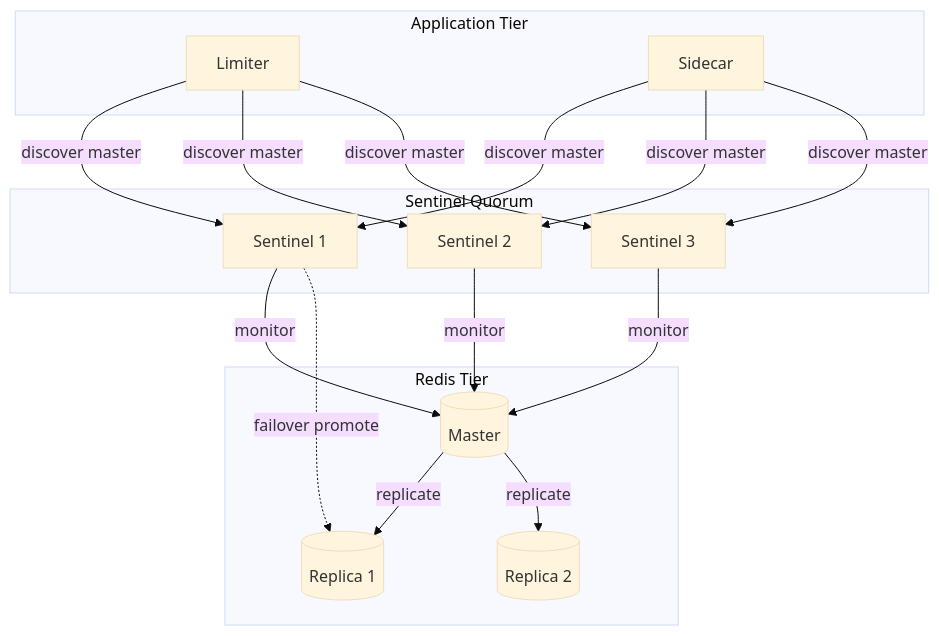
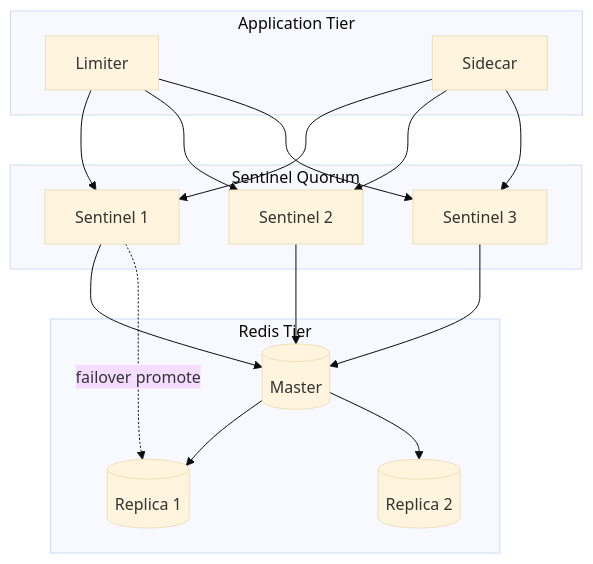
Before and after one commit to RUDRA-PRATAP-SINGH01/Distributed-rate-limiter: diagram 15 of 21 in README.md, drawn with Mermaid (base theme). The commit also changed other lines of this file and 1 other file, not shown here.

Commit message:
docs: fix Mermaid syntax for GitHub Markdown rendering in README and architecture docs

````diff
--- a/README.md
+++ b/README.md
@@ -786,24 +784,32 @@
 ```mermaid
 flowchart TB
-    subgraph apps [Application Tier]
-        L[Limiter]
-        SC[Sidecar]
+    subgraph apps["Application Tier"]
+        L["Limiter"]
+        SC["Sidecar"]
     end
 
-    subgraph sentinel [Sentinel Quorum]
-        S1[Sentinel 1]
-        S2[Sentinel 2]
-        S3[Sentinel 3]
+    subgraph sentinel["Sentinel Quorum"]
+        S1["Sentinel 1"]
+        S2["Sentinel 2"]
+        S3["Sentinel 3"]
     end
 
-    subgraph redis [Redis Tier]
-        M[(Master)]
-        R1[(Replica 1)]
-        R2[(Replica 2)]
+    subgraph redis["Redis Tier"]
+        M[("Master")]
+        R1[("Replica 1")]
+        R2[("Replica 2")]
     end
 
-    L & SC -->|discover master| S1 & S2 & S3
-    S1 & S2 & S3 -->|monitor| M
-    M -->|replicate| R1 & R2
+    L --> S1
+    L --> S2
+    L --> S3
+    SC --> S1
+    SC --> S2
+    SC --> S3
+    S1 --> M
+    S2 --> M
+    S3 --> M
+    M --> R1
+    M --> R2
     S1 -.->|failover promote| R1
 ```
````
